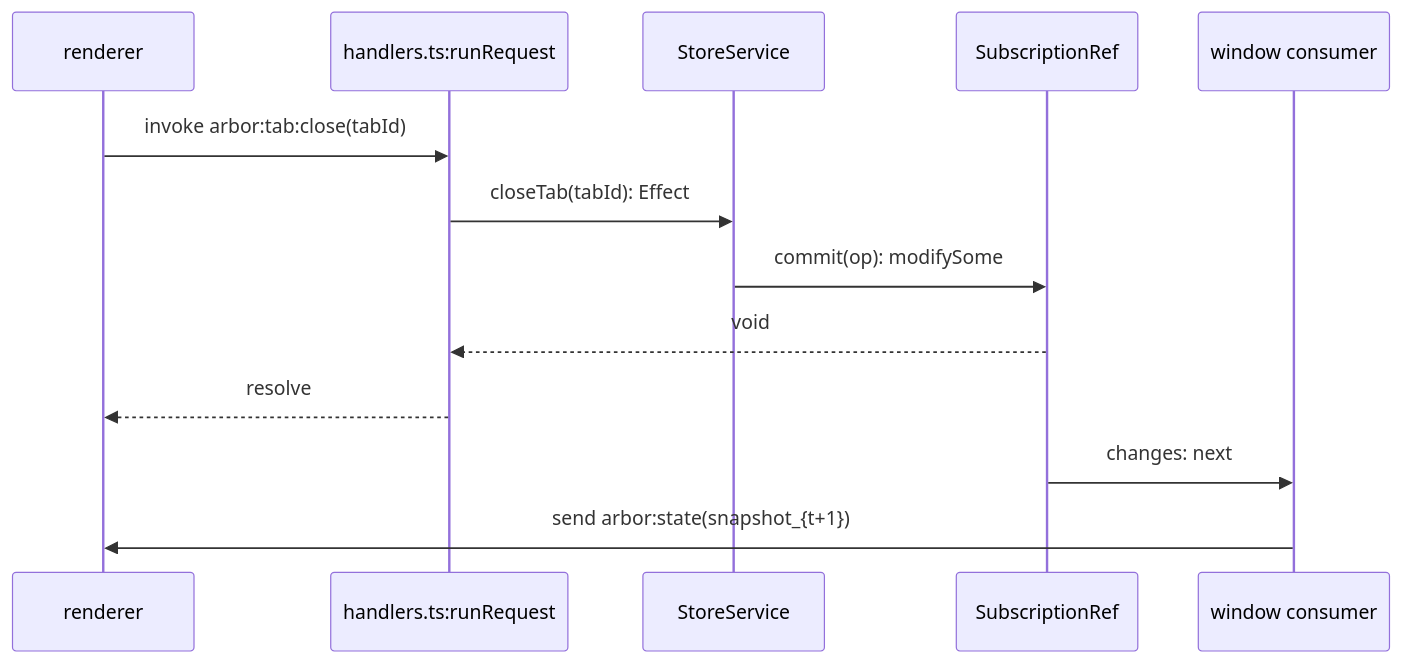
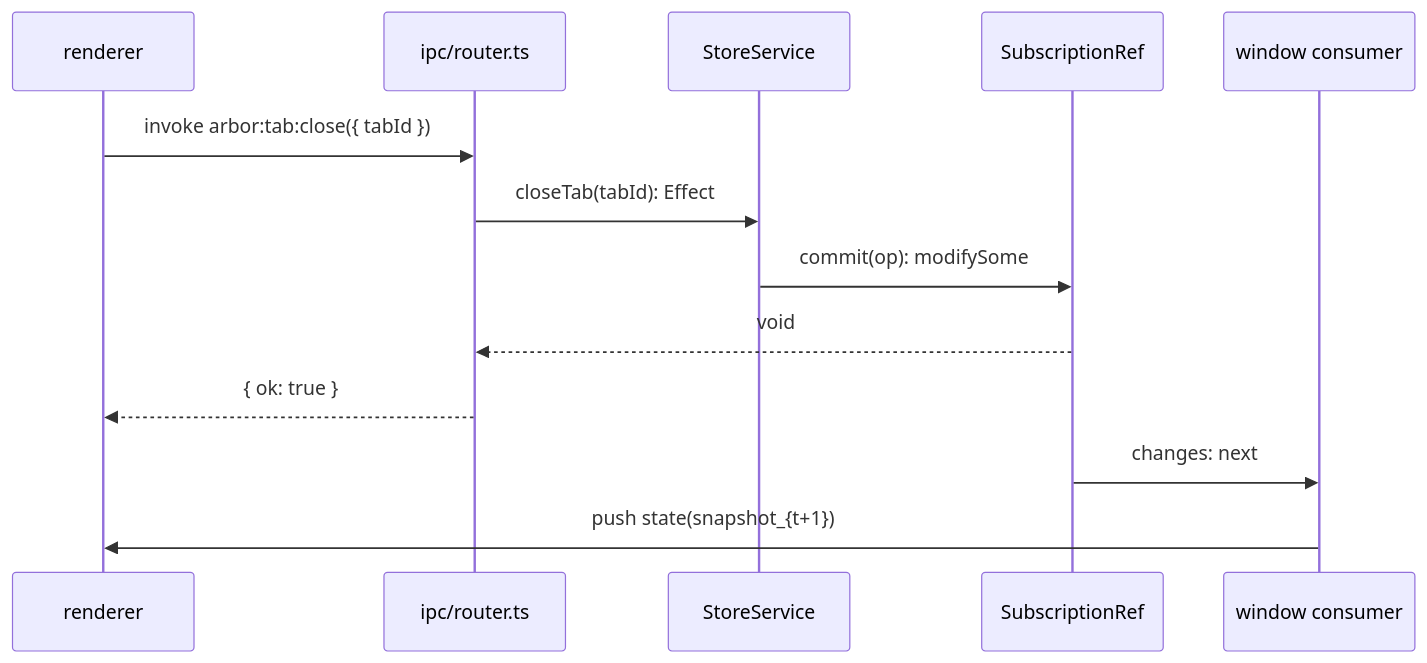
The second of 3 diagrams in docs/architecture/03-store.md (rom100main/arbor), drawn with Mermaid before and after one commit. The commit also changed other lines of this file and 3 other files, not shown here.

````diff
--- a/docs/architecture/03-store.md
+++ b/docs/architecture/03-store.md
@@ -65,15 +65,15 @@
 ```mermaid
 sequenceDiagram
     participant R as renderer
-    participant H as handlers.ts:runRequest
+    participant H as ipc/router.ts
     participant S as StoreService
     participant F as SubscriptionRef
     participant C as window consumer
-    R->>H: invoke arbor:tab:close(tabId)
+    R->>H: invoke arbor:tab:close({ tabId })
     H->>S: closeTab(tabId): Effect
     S->>F: commit(op): modifySome
     F-->>H: void
-    H-->>R: resolve
+    H-->>R: { ok: true }
     F->>C: changes: next
-    C->>R: send arbor:state(snapshot_{t+1})
+    C->>R: push state(snapshot_{t+1})
 ```
````
